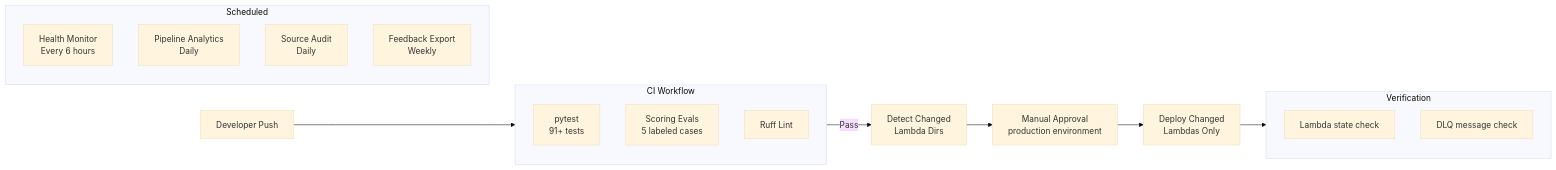
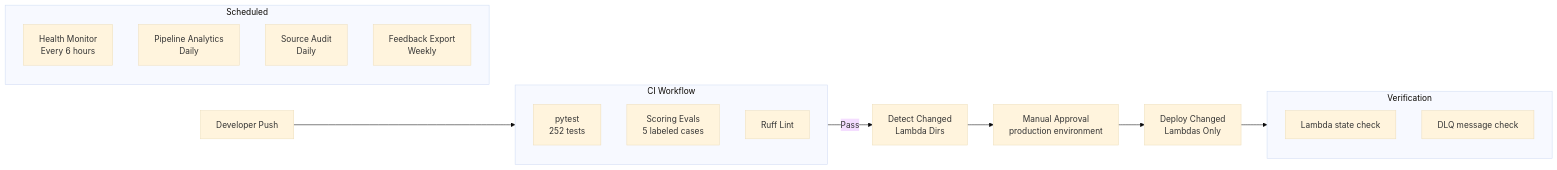
Before and after one commit to Nites-24/jobhunt: the seventh of 7 diagrams in docs/architecture_diagrams.md, drawn with Mermaid (base theme). The commit also changed other lines of this file and 6 other files, not shown here.

Commit message:
docs(showcase): update README, AGENTS, SECURITY, and CHANGELOG with current architecture

````diff
--- a/docs/architecture_diagrams.md
+++ b/docs/architecture_diagrams.md
@@ -283,27 +283,27 @@
 ```mermaid
 flowchart LR
     DEV["Developer Push"] --> CI["CI Workflow"]
 
     subgraph CI["CI Workflow"]
-        TEST["pytest<br/>91+ tests"]
+        TEST["pytest<br/>252 tests"]
         EVAL["Scoring Evals<br/>5 labeled cases"]
         LINT["Ruff Lint"]
     end
 
     CI -->|Pass| DETECT["Detect Changed<br/>Lambda Dirs"]
     DETECT --> APPROVE["Manual Approval<br/>production environment"]
     APPROVE --> DEPLOY["Deploy Changed<br/>Lambdas Only"]
     DEPLOY --> VERIFY["Post-Deploy<br/>Health Check"]
 
     subgraph VERIFY["Verification"]
         V1["Lambda state check"]
         V2["DLQ message check"]
     end
 
     subgraph "Scheduled"
         HEALTH["Health Monitor<br/>Every 6 hours"]
         ANALYTICS["Pipeline Analytics<br/>Daily"]
         SOURCE["Source Audit<br/>Daily"]
         FEEDBACK["Feedback Export<br/>Weekly"]
     end
 ```
````
